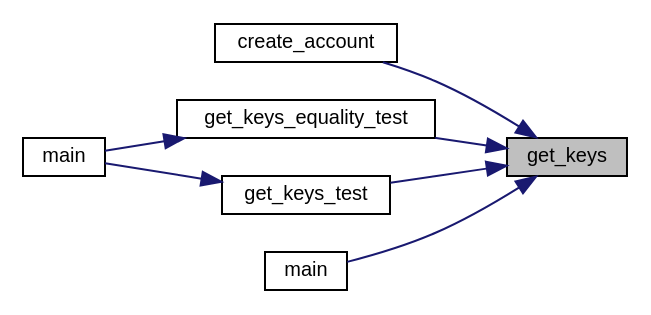
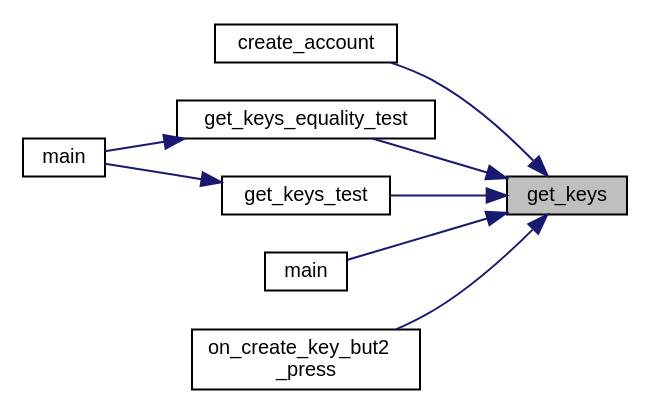
One commit to nathan-rabet/PEPITAS-Cryptocurrency changed the diagram in docs/documentation/rsa_8h_a4f017f51874e2df61091a589c98aa54c_icgraph.dot. Above: the diagram before and after it, drawn with Graphviz. The commit also changed 115 other files, not shown here.

```diff
--- a/docs/documentation/rsa_8h_a4f017f51874e2df61091a589c98aa54c_icgraph.dot
+++ b/docs/documentation/rsa_8h_a4f017f51874e2df61091a589c98aa54c_icgraph.dot
@@ -1,19 +1,21 @@
 digraph "get_keys"
 {
  // LATEX_PDF_SIZE
   edge [fontname="Helvetica",fontsize="10",labelfontname="Helvetica",labelfontsize="10"];
   node [fontname="Helvetica",fontsize="10",shape=record];
   rankdir="RL";
   Node1 [label="get_keys",height=0.2,width=0.4,color="black", fillcolor="grey75", style="filled", fontcolor="black",tooltip="Get the keys object."];
   Node1 -> Node2 [dir="back",color="midnightblue",fontsize="10",style="solid",fontname="Helvetica"];
   Node2 [label="create_account",height=0.2,width=0.4,color="black", fillcolor="white", style="filled",URL="$wallet_8c.html#a26c6f56037df4dbfb58855db1633a7df",tooltip="Creates an account in local and broadcasts the creation to the network."];
   Node1 -> Node3 [dir="back",color="midnightblue",fontsize="10",style="solid",fontname="Helvetica"];
   Node3 [label="get_keys_equality_test",height=0.2,width=0.4,color="black", fillcolor="white", style="filled",URL="$rsa__test_8h.html#a4a75fd529349b64297cc6abb08f2aaf6",tooltip=" "];
   Node3 -> Node4 [dir="back",color="midnightblue",fontsize="10",style="solid",fontname="Helvetica"];
   Node4 [label="main",height=0.2,width=0.4,color="black", fillcolor="white", style="filled",URL="$unit__testing_8c.html#ae66f6b31b5ad750f1fe042a706a4e3d4",tooltip=" "];
   Node1 -> Node5 [dir="back",color="midnightblue",fontsize="10",style="solid",fontname="Helvetica"];
   Node5 [label="get_keys_test",height=0.2,width=0.4,color="black", fillcolor="white", style="filled",URL="$rsa__test_8h.html#a7309b60d797fb615e8f65c3ffff55dbd",tooltip=" "];
   Node5 -> Node4 [dir="back",color="midnightblue",fontsize="10",style="solid",fontname="Helvetica"];
   Node1 -> Node6 [dir="back",color="midnightblue",fontsize="10",style="solid",fontname="Helvetica"];
   Node6 [label="main",height=0.2,width=0.4,color="black", fillcolor="white", style="filled",URL="$sign_8c.html#ae66f6b31b5ad750f1fe042a706a4e3d4",tooltip=" "];
+  Node1 -> Node7 [dir="back",color="midnightblue",fontsize="10",style="solid",fontname="Helvetica"];
+  Node7 [label="on_create_key_but2\l_press",height=0.2,width=0.4,color="black", fillcolor="white", style="filled",URL="$ui_8c.html#ab865e6138c061d47b274af99c574af03",tooltip=" "];
 }
```
